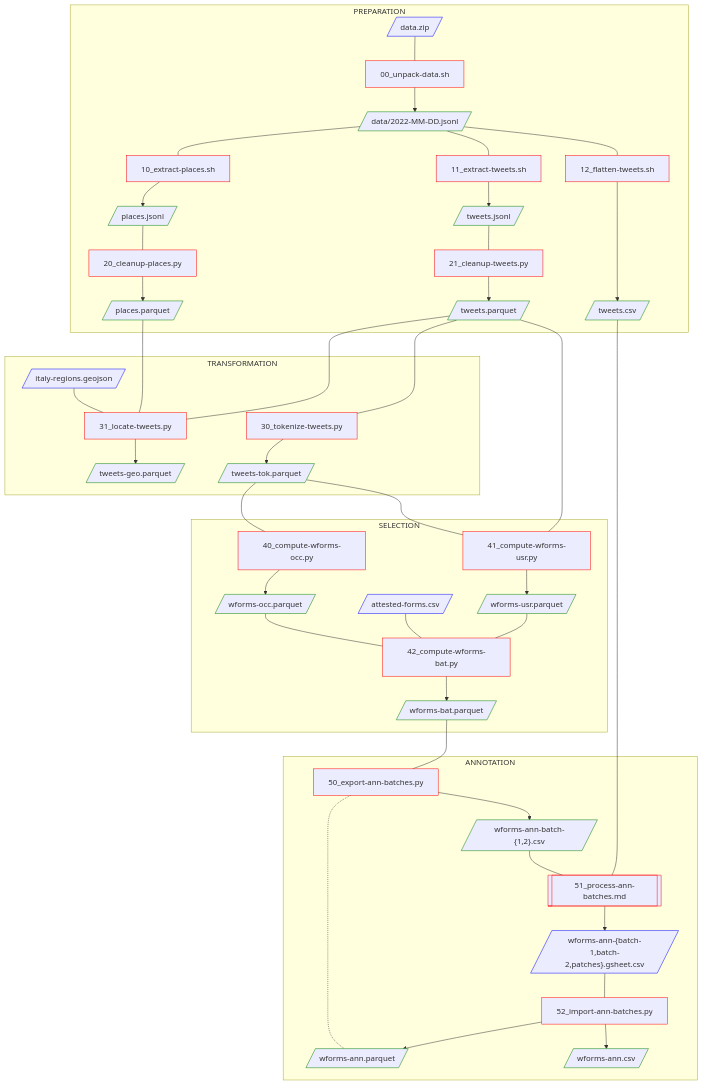
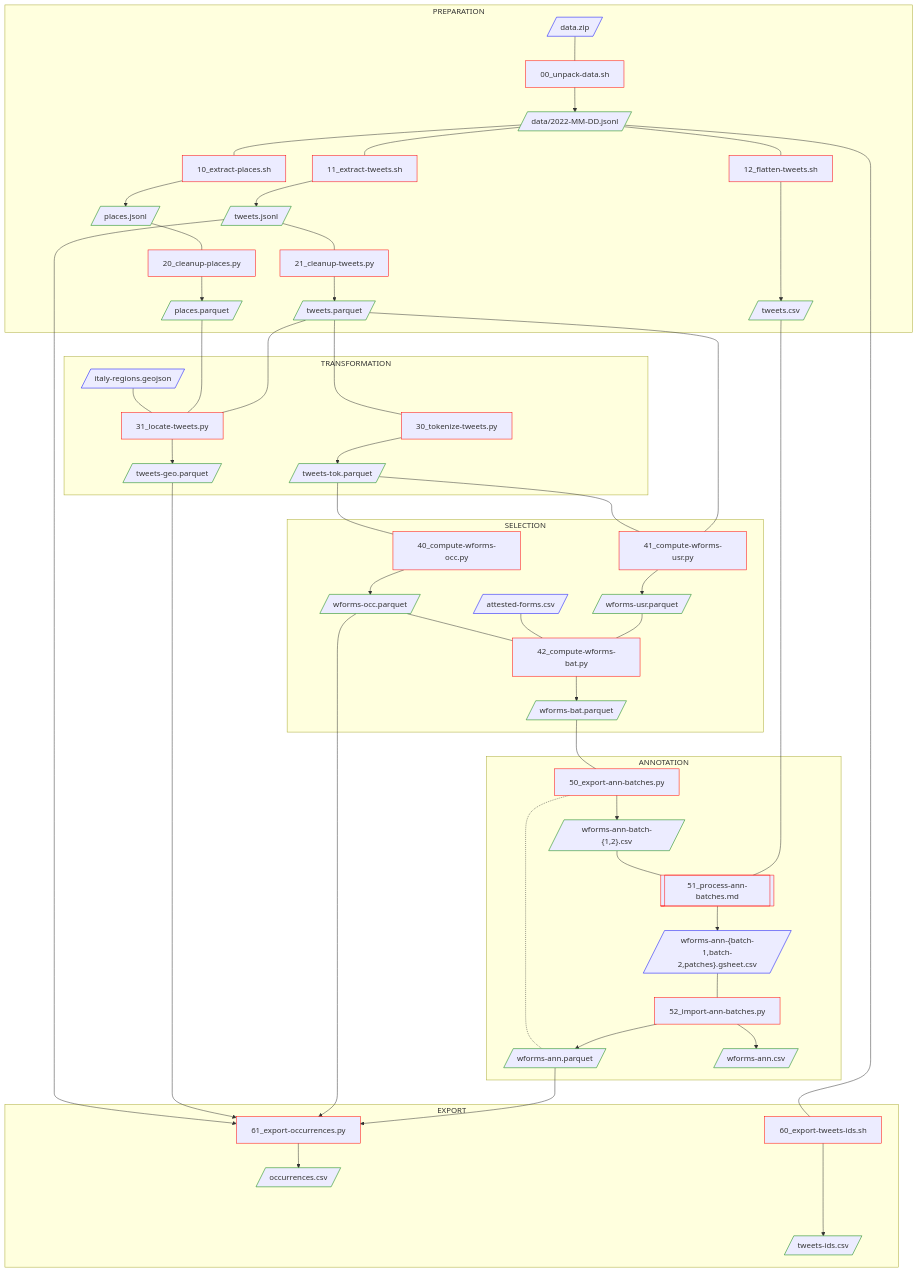
The first of 2 diagrams in README.md (breviloquia-italica/pipeline), drawn with Mermaid before and after one commit. The commit also changed other lines of this file, not shown here.

Commit message:
Freshen up readme

```diff
--- a/README.md
+++ b/README.md
@@ -109,9 +109,28 @@
 
 end
 
+subgraph P5 [EXPORT]
+
+60[60_export-tweets-ids.sh]:::code;
+61[61_export-occurrences.py]:::code;
+
+tweets-ids.csv[/tweets-ids.csv/]:::data;
+occurrences.csv[/occurrences.csv/]:::data;
+
+2022-MM-DD.jsonl --- 60 ----> tweets-ids.csv;
+
+tweets.jsonl --> 61;
+tweets-geo.parquet --> 61;
+wforms-occ.parquet --> 61;
+wforms-ann.parquet --> 61;
+61 --> occurrences.csv;
+
+end
+
 P1 ~~~~~~~ P2;
 P2 ~~~~ P3;
 P3 ~~~~~~ P4;
+P4 ~~~~~~~~ P5;
 
 classDef code stroke:red;
 classDef data stroke:green;
```
